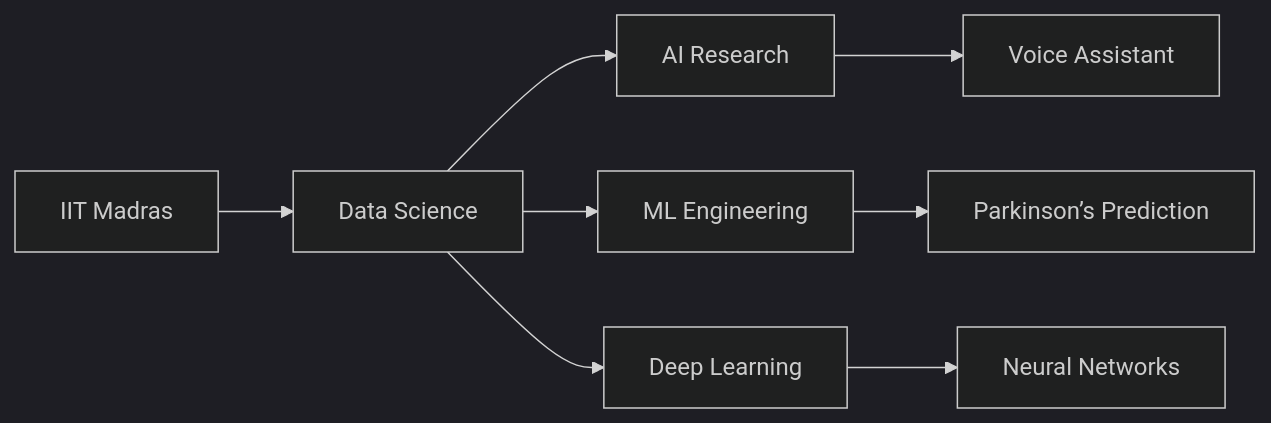
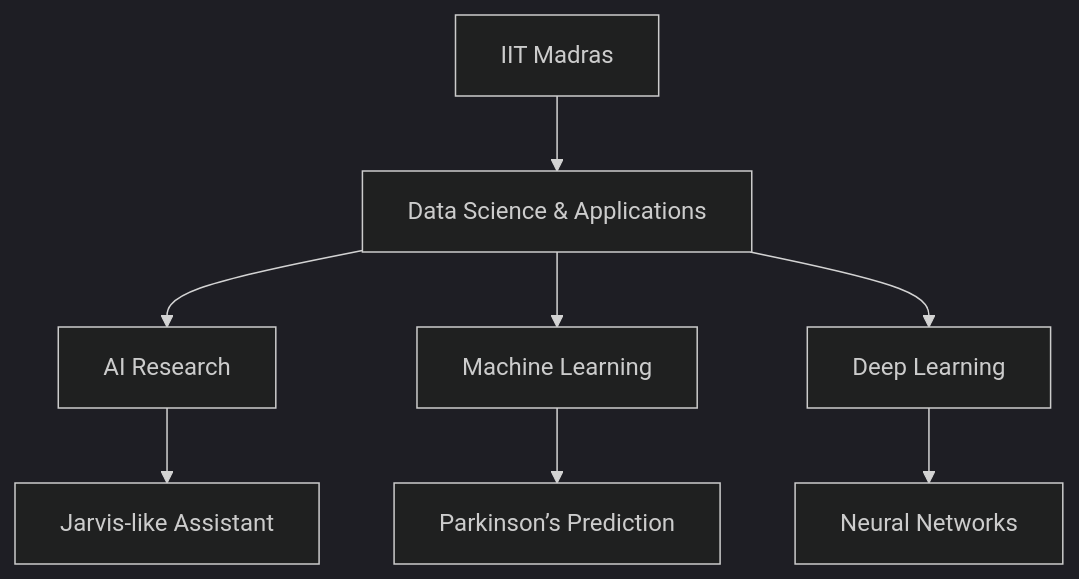
One commit to shiva-yadav-ds/shiva-yadav-ds changed the diagram in README.md. Above: the diagram before and after it, drawn with Mermaid (dark theme). The commit also changed other lines of this file, not shown here.

````diff
--- a/README.md
+++ b/README.md
@@ -36,10 +47,10 @@
 ```mermaid
-graph LR
-    A[IIT Madras] --> B[Data Science]
+graph TD
+    A[IIT Madras] --> B[Data Science & Applications]
     B --> C[AI Research]
-    B --> D[ML Engineering]
+    B --> D[Machine Learning]
     B --> E[Deep Learning]
-    C --> F[Voice Assistant]
+    C --> F[Jarvis-like Assistant]
     D --> G[Parkinson’s Prediction]
     E --> H[Neural Networks]
 ```
````
